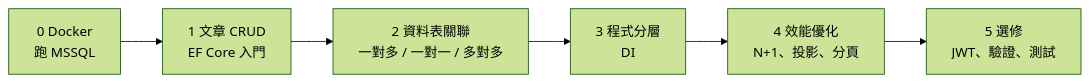
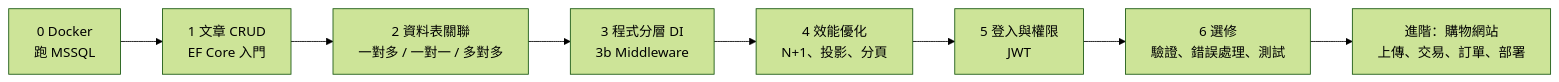
One commit to jackson204/BlogApi changed the diagram in README.md. Above: the diagram before and after it, drawn with Mermaid (forest theme). The commit also changed other lines of this file and 1 other file, not shown here.

First line of the commit message:
docs: 課程地圖補缺口，05 登入升格、06 選修、新增進階購物網站區

````diff
--- a/README.md
+++ b/README.md
@@ -37,8 +37,10 @@
 ```mermaid
 flowchart LR
     S0["0 Docker<br>跑 MSSQL"] --> S1["1 文章 CRUD<br>EF Core 入門"]
     S1 --> S2["2 資料表關聯<br>一對多 / 一對一 / 多對多"]
-    S2 --> S3["3 程式分層<br>DI"]
+    S2 --> S3["3 程式分層 DI<br>3b Middleware"]
     S3 --> S4["4 效能優化<br>N+1、投影、分頁"]
-    S4 --> S5["5 選修<br>JWT、驗證、測試"]
+    S4 --> S5["5 登入與權限<br>JWT"]
+    S5 --> S6["6 選修<br>驗證、錯誤處理、測試"]
+    S6 --> SHOP["進階：購物網站<br>上傳、交易、訂單、部署"]
 ```
````
